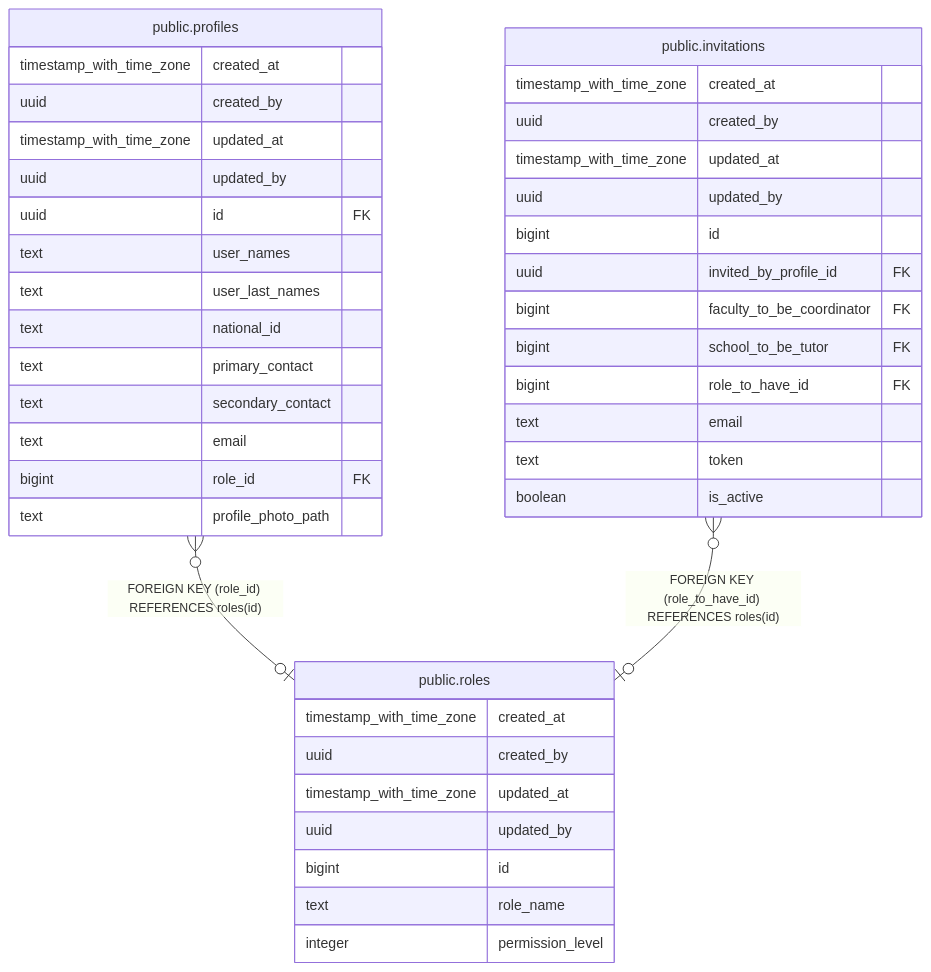
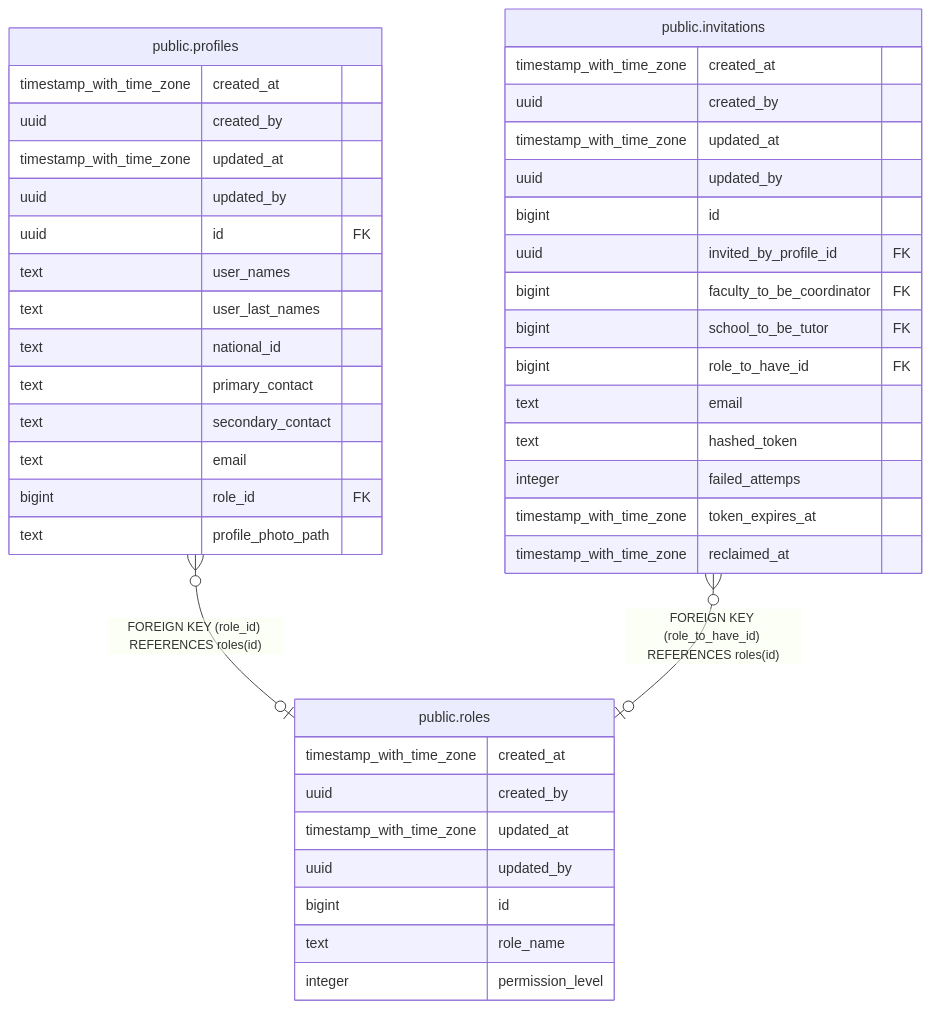
The diagram in docs/db/tbls/public.roles.md (icristianhernandez/academic-service-backend), drawn with Mermaid before and after one commit. The commit also changed 7 other files, not shown here.

````diff
--- a/docs/db/tbls/public.roles.md
+++ b/docs/db/tbls/public.roles.md
@@ -40,45 +40,47 @@
 ```mermaid
 erDiagram
 
 "public.profiles" }o--o| "public.roles" : "FOREIGN KEY (role_id) REFERENCES roles(id)"
 "public.invitations" }o--o| "public.roles" : "FOREIGN KEY (role_to_have_id) REFERENCES roles(id)"
 
 "public.roles" {
   timestamp_with_time_zone created_at ""
   uuid created_by ""
   timestamp_with_time_zone updated_at ""
   uuid updated_by ""
   bigint id ""
   text role_name ""
   integer permission_level ""
 }
 "public.profiles" {
   timestamp_with_time_zone created_at ""
   uuid created_by ""
   timestamp_with_time_zone updated_at ""
   uuid updated_by ""
   uuid id FK ""
   text user_names ""
   text user_last_names ""
   text national_id ""
   text primary_contact ""
   text secondary_contact ""
   text email ""
   bigint role_id FK ""
   text profile_photo_path ""
 }
 "public.invitations" {
   timestamp_with_time_zone created_at ""
   uuid created_by ""
   timestamp_with_time_zone updated_at ""
   uuid updated_by ""
   bigint id ""
   uuid invited_by_profile_id FK ""
   bigint faculty_to_be_coordinator FK ""
   bigint school_to_be_tutor FK ""
   bigint role_to_have_id FK ""
   text email ""
-  text token ""
-  boolean is_active ""
+  text hashed_token ""
+  integer failed_attemps ""
+  timestamp_with_time_zone token_expires_at ""
+  timestamp_with_time_zone reclaimed_at ""
 }
 ```
````
